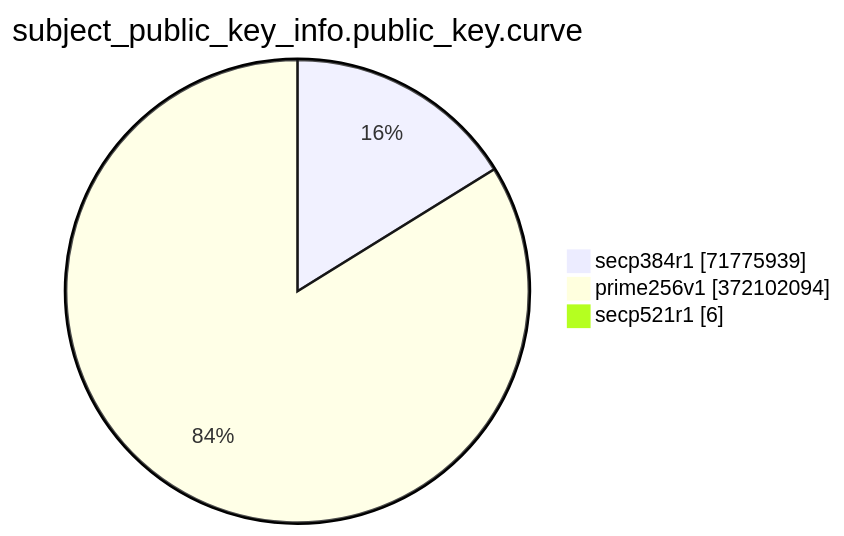
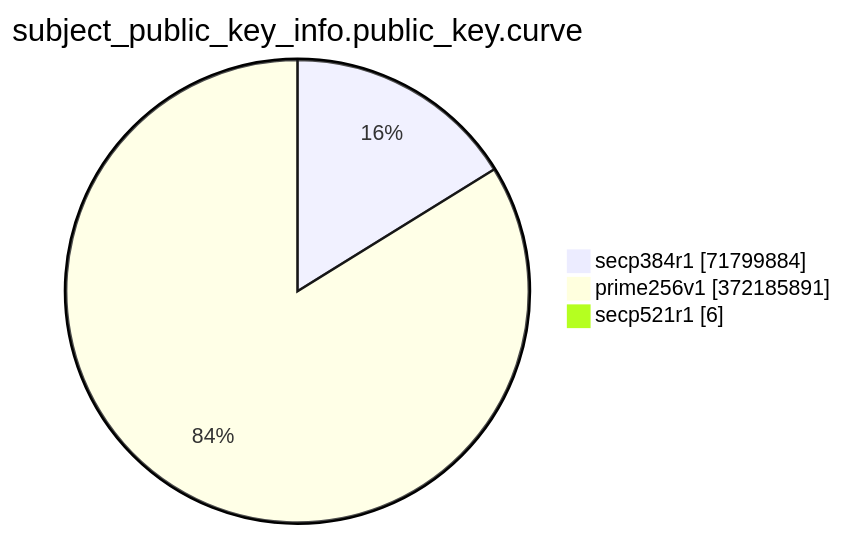
Before and after one commit to christiankrug/ctmonitor_visualization: the eighth of 15 diagrams in TOTAL/README.md, drawn with Mermaid. The commit also changed other lines of this file, not shown here.

````diff
--- a/TOTAL/README.md
+++ b/TOTAL/README.md
@@ -3094,7 +3094,7 @@
 ```mermaid
 pie showData
 title subject_public_key_info.public_key.curve
-"secp384r1" :71775939
-"prime256v1" :372102094
+"secp384r1" :71799884
+"prime256v1" :372185891
 "secp521r1" :6
 ```
````
